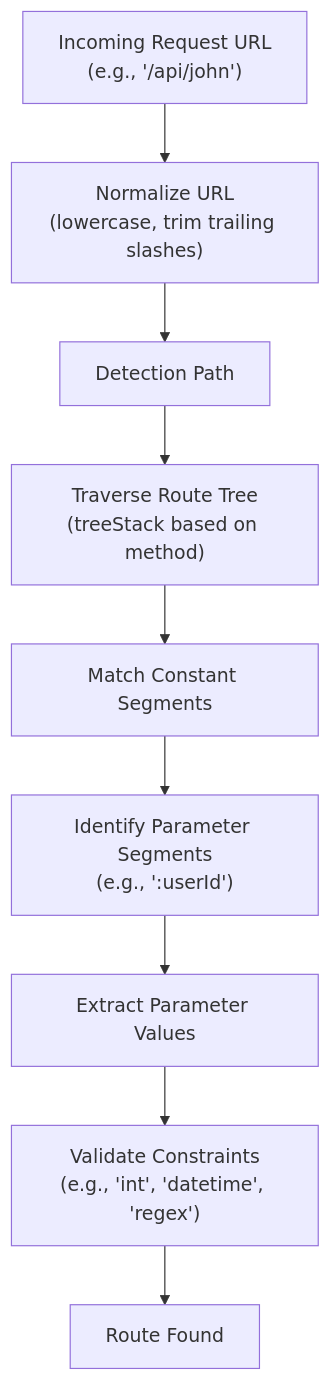
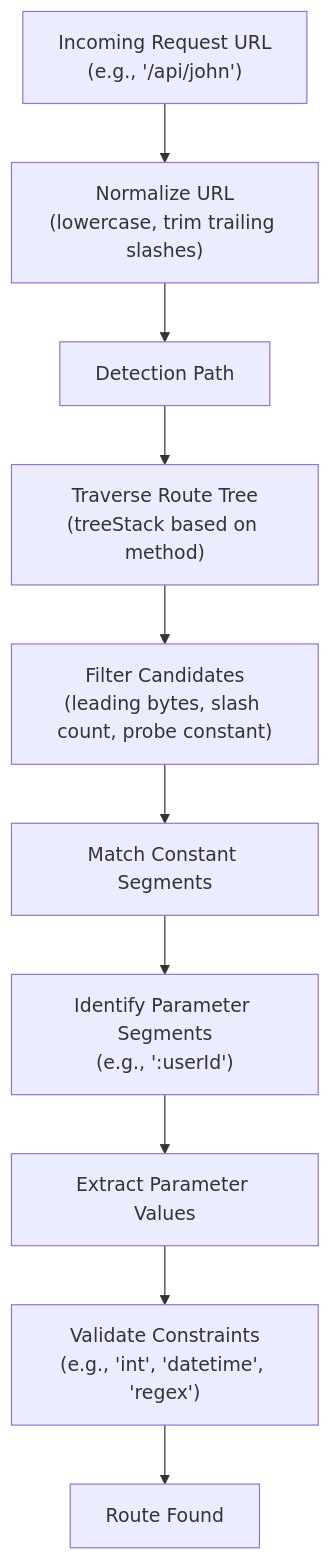
One commit to gofiber/fiber changed the fourth of 14 diagrams in docs/extra/internal.md. Above: the diagram before and after it, drawn with Mermaid. The commit also changed other lines of this file and 11 other files, not shown here.

````diff
--- a/docs/extra/internal.md
+++ b/docs/extra/internal.md
@@ -121,21 +122,23 @@
 ```mermaid
 flowchart TD
     A["Incoming Request URL<br/>(e.g., '/api/john')"]
     B["Normalize URL<br/>(lowercase, trim trailing slashes)"]
     C["Detection Path"]
     D["Traverse Route Tree<br/>(treeStack based on method)"]
+    D2["Filter Candidates<br/>(leading bytes, slash count, probe constant)"]
     E["Match Constant Segments"]
     F["Identify Parameter Segments<br/>(e.g., ':userId')"]
     G["Extract Parameter Values"]
     H["Validate Constraints<br/>(e.g., 'int', 'datetime', 'regex')"]
     I["Route Found"]
 
     A --> B
     B --> C
     C --> D
-    D --> E
+    D --> D2
+    D2 --> E
     E --> F
     F --> G
     G --> H
     H --> I
 ```
````
